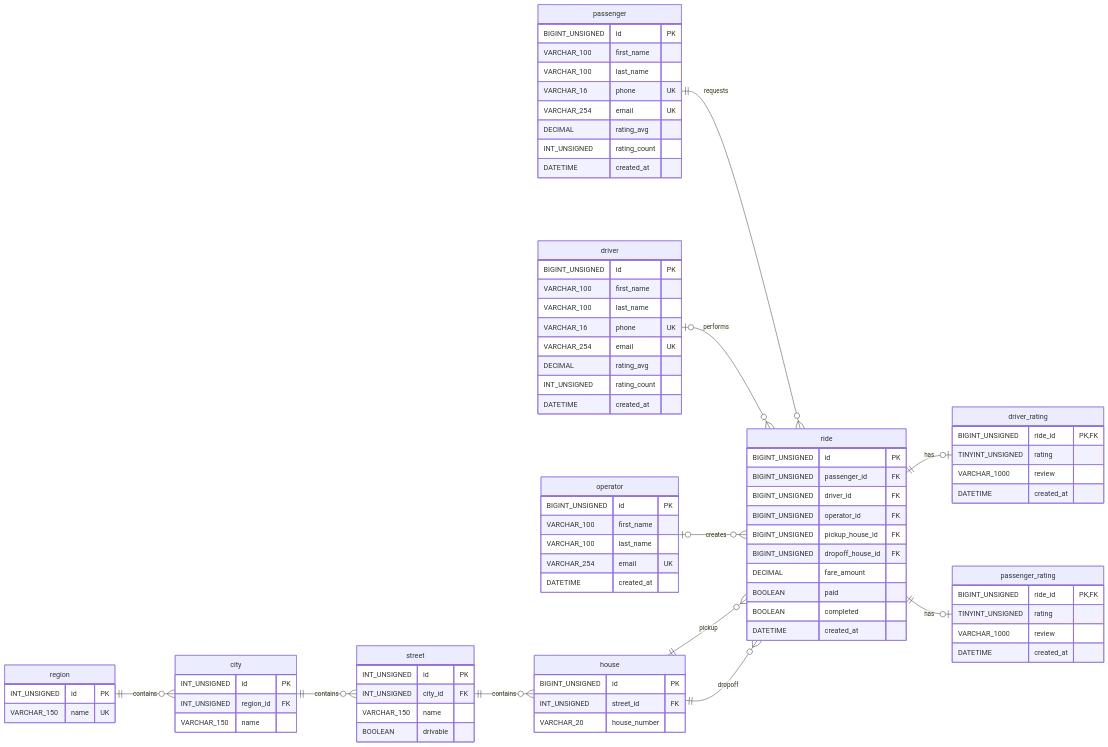
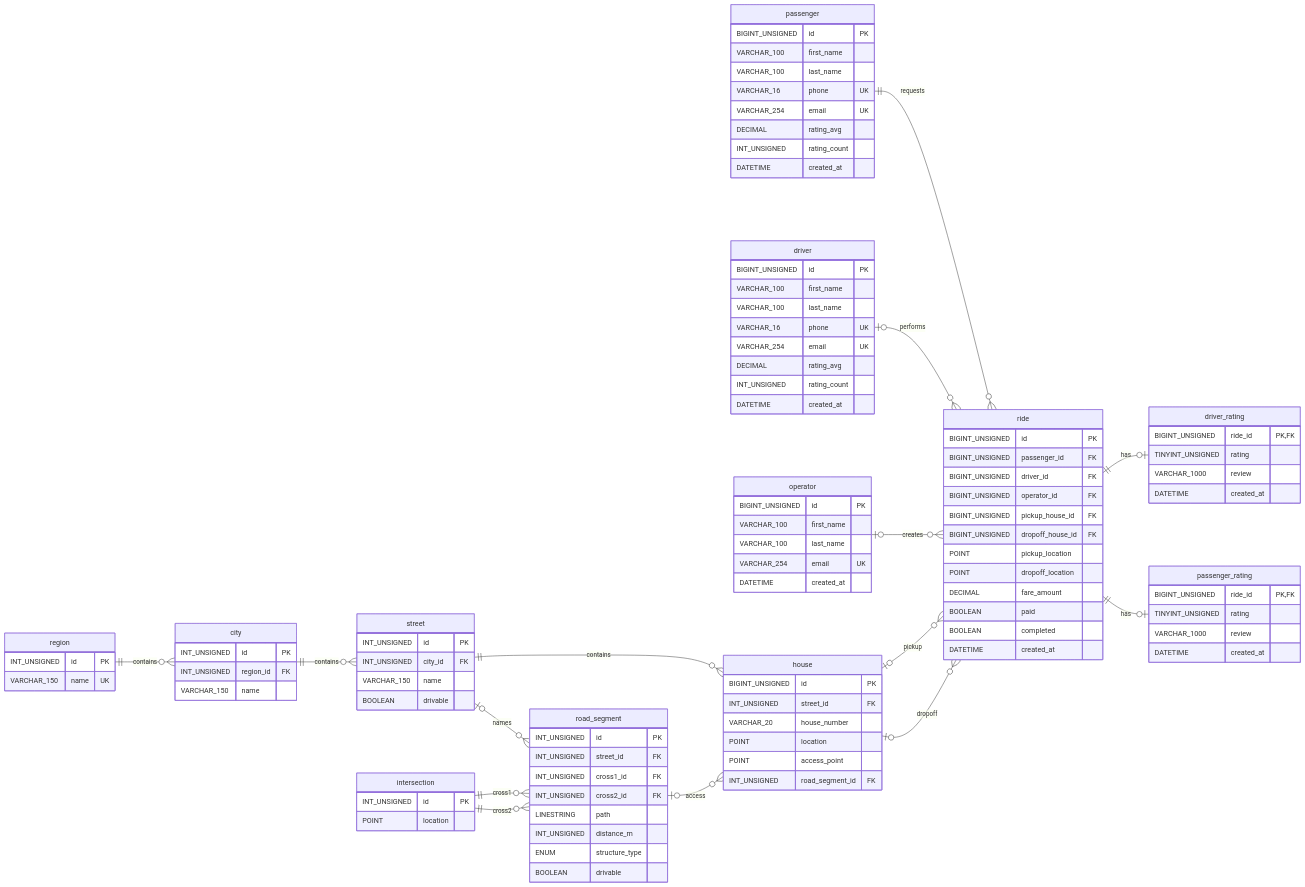
Before and after one commit to Kostaiev/sql-uber: the diagram in README.md, drawn with Mermaid. The commit also changed other lines of this file and 6 other files, not shown here.

Commit message:
feat: add geo routing into Uber - Add road intersections, segments, bridges and tunnels - Link houses to road access points - Support GPS-based rides without house addresses - Update development seeds, ER diagram

```diff
--- a/README.md
+++ b/README.md
@@ -24,12 +24,17 @@
     city ||--o{ street : contains
     street ||--o{ house : contains
 
+    street |o--o{ road_segment : names
+    intersection ||--o{ road_segment : cross1
+    intersection ||--o{ road_segment : cross2
+    road_segment |o--o{ house : access
+
     passenger ||--o{ ride : requests
     driver |o--o{ ride : performs
     operator |o--o{ ride : creates
 
-    house ||--o{ ride : pickup
-    house ||--o{ ride : dropoff
+    house |o--o{ ride : pickup
+    house |o--o{ ride : dropoff
 
     ride ||--o| driver_rating : has
     ride ||--o| passenger_rating : has
@@ -56,6 +61,25 @@
         BIGINT_UNSIGNED id PK
         INT_UNSIGNED street_id FK
         VARCHAR_20 house_number
+        POINT location
+        POINT access_point
+        INT_UNSIGNED road_segment_id FK
+    }
+
+    intersection {
+        INT_UNSIGNED id PK
+        POINT location
+    }
+
+    road_segment {
+        INT_UNSIGNED id PK
+        INT_UNSIGNED street_id FK
+        INT_UNSIGNED cross1_id FK
+        INT_UNSIGNED cross2_id FK
+        LINESTRING path
+        INT_UNSIGNED distance_m
+        ENUM structure_type
+        BOOLEAN drivable
     }
 
     passenger {
@@ -95,6 +119,8 @@
         BIGINT_UNSIGNED operator_id FK
         BIGINT_UNSIGNED pickup_house_id FK
         BIGINT_UNSIGNED dropoff_house_id FK
+        POINT pickup_location
+        POINT dropoff_location
         DECIMAL fare_amount
         BOOLEAN paid
         BOOLEAN completed
```
